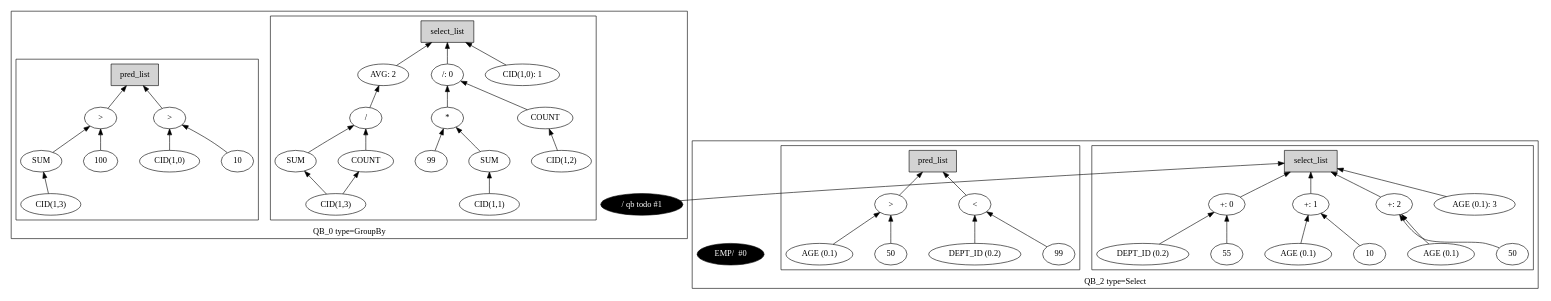
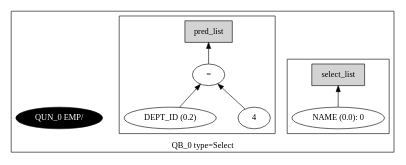
Before and after one commit to adarshpannu/kona: the diagram in qgm_resolved.dot, drawn with Graphviz. The commit also changed 14 other files, not shown here.

```diff
--- a/qgm_resolved.dot
+++ b/qgm_resolved.dot
@@ -1,100 +1,23 @@
 digraph example1 {
     rankdir=BT;
     nodesep=0.5;
     ordering="in";
   subgraph cluster_QB_0 {
     "QB_0_selectlist"[label="select_list",shape=box,style=filled];
   subgraph cluster_select_listQB_0 {
-    exprnodeExprKey11v1[label="/: 0"];
-    exprnodeExprKey6v1 -> exprnodeExprKey11v1;
-    exprnodeExprKey6v1[label="*"];
-    exprnodeExprKey4v1 -> exprnodeExprKey6v1;
-    exprnodeExprKey4v1[label="SUM"];
-    exprnodeExprKey37v1 -> exprnodeExprKey4v1;
-    exprnodeExprKey37v1[label="CID(1,1)"];
-    exprnodeExprKey5v1 -> exprnodeExprKey6v1;
-    exprnodeExprKey5v1[label="99"];
-    exprnodeExprKey10v1 -> exprnodeExprKey11v1;
-    exprnodeExprKey10v1[label="COUNT"];
-    exprnodeExprKey38v1 -> exprnodeExprKey10v1;
-    exprnodeExprKey38v1[label="CID(1,2)"];
-    exprnodeExprKey11v1 -> "QB_0_selectlist";
-    exprnodeExprKey39v1[label="CID(1,0): 1"];
-    exprnodeExprKey39v1 -> "QB_0_selectlist";
-    exprnodeExprKey16v1[label="AVG: 2"];
-    exprnodeExprKey43v1 -> exprnodeExprKey16v1;
-    exprnodeExprKey43v1[label="/"];
-    exprnodeExprKey41v1 -> exprnodeExprKey43v1;
-    exprnodeExprKey41v1[label="SUM"];
-    exprnodeExprKey40v1 -> exprnodeExprKey41v1;
-    exprnodeExprKey40v1[label="CID(1,3)"];
-    exprnodeExprKey42v1 -> exprnodeExprKey43v1;
-    exprnodeExprKey42v1[label="COUNT"];
-    exprnodeExprKey40v1 -> exprnodeExprKey42v1;
-    exprnodeExprKey40v1[label="CID(1,3)"];
-    exprnodeExprKey16v1 -> "QB_0_selectlist";
+    exprnodeExprKey1v1[label="NAME (0.0): 0"];
+    exprnodeExprKey1v1 -> "QB_0_selectlist";
 }
-    "QUN_1"[label="/ qb todo #1", fillcolor=black, fontcolor=white, style=filled]
+    "QUN_0"[label="QUN_0 EMP/", fillcolor=black, fontcolor=white, style=filled]
   subgraph cluster_pred_listQB_0 {
-    exprnodeExprKey30v1[label=">"];
-    exprnodeExprKey28v1 -> exprnodeExprKey30v1;
-    exprnodeExprKey28v1[label="SUM"];
-    exprnodeExprKey44v1 -> exprnodeExprKey28v1;
-    exprnodeExprKey44v1[label="CID(1,3)"];
-    exprnodeExprKey29v1 -> exprnodeExprKey30v1;
-    exprnodeExprKey29v1[label="100"];
-    exprnodeExprKey30v1 -> QB_0_pred_list;
-    exprnodeExprKey35v1[label=">"];
-    exprnodeExprKey45v1 -> exprnodeExprKey35v1;
-    exprnodeExprKey45v1[label="CID(1,0)"];
-    exprnodeExprKey34v1 -> exprnodeExprKey35v1;
-    exprnodeExprKey34v1[label="10"];
-    exprnodeExprKey35v1 -> QB_0_pred_list;
+    exprnodeExprKey4v1[label="="];
+    exprnodeExprKey2v1 -> exprnodeExprKey4v1;
+    exprnodeExprKey2v1[label="DEPT_ID (0.2)"];
+    exprnodeExprKey3v1 -> exprnodeExprKey4v1;
+    exprnodeExprKey3v1[label="4"];
+    exprnodeExprKey4v1 -> QB_0_pred_list;
     "QB_0_pred_list"[label="pred_list",shape=box,style=filled];
 }
-    label = "QB_0 type=GroupBy";
-}
-    "QUN_1" -> "QB_2_selectlist";
-  subgraph cluster_QB_2 {
-    "QB_2_selectlist"[label="select_list",shape=box,style=filled];
-  subgraph cluster_select_listQB_2 {
-    exprnodeExprKey26v1[label="+: 0"];
-    exprnodeExprKey24v1 -> exprnodeExprKey26v1;
-    exprnodeExprKey24v1[label="DEPT_ID (0.2)"];
-    exprnodeExprKey25v1 -> exprnodeExprKey26v1;
-    exprnodeExprKey25v1[label="55"];
-    exprnodeExprKey26v1 -> "QB_2_selectlist";
-    exprnodeExprKey3v1[label="+: 1"];
-    exprnodeExprKey1v1 -> exprnodeExprKey3v1;
-    exprnodeExprKey1v1[label="AGE (0.1)"];
-    exprnodeExprKey2v1 -> exprnodeExprKey3v1;
-    exprnodeExprKey2v1[label="10"];
-    exprnodeExprKey3v1 -> "QB_2_selectlist";
-    exprnodeExprKey9v1[label="+: 2"];
-    exprnodeExprKey7v1 -> exprnodeExprKey9v1;
-    exprnodeExprKey7v1[label="AGE (0.1)"];
-    exprnodeExprKey8v1 -> exprnodeExprKey9v1;
-    exprnodeExprKey8v1[label="50"];
-    exprnodeExprKey9v1 -> "QB_2_selectlist";
-    exprnodeExprKey15v1[label="AGE (0.1): 3"];
-    exprnodeExprKey15v1 -> "QB_2_selectlist";
-}
-    "QUN_0"[label="EMP/  #0", fillcolor=black, fontcolor=white, style=filled]
-  subgraph cluster_pred_listQB_2 {
-    exprnodeExprKey19v1[label=">"];
-    exprnodeExprKey17v1 -> exprnodeExprKey19v1;
-    exprnodeExprKey17v1[label="AGE (0.1)"];
-    exprnodeExprKey18v1 -> exprnodeExprKey19v1;
-    exprnodeExprKey18v1[label="50"];
-    exprnodeExprKey19v1 -> QB_2_pred_list;
-    exprnodeExprKey22v1[label="<"];
-    exprnodeExprKey20v1 -> exprnodeExprKey22v1;
-    exprnodeExprKey20v1[label="DEPT_ID (0.2)"];
-    exprnodeExprKey21v1 -> exprnodeExprKey22v1;
-    exprnodeExprKey21v1[label="99"];
-    exprnodeExprKey22v1 -> QB_2_pred_list;
-    "QB_2_pred_list"[label="pred_list",shape=box,style=filled];
-}
-    label = "QB_2 type=Select";
+    label = "QB_0 type=Select";
 }
 }
```
